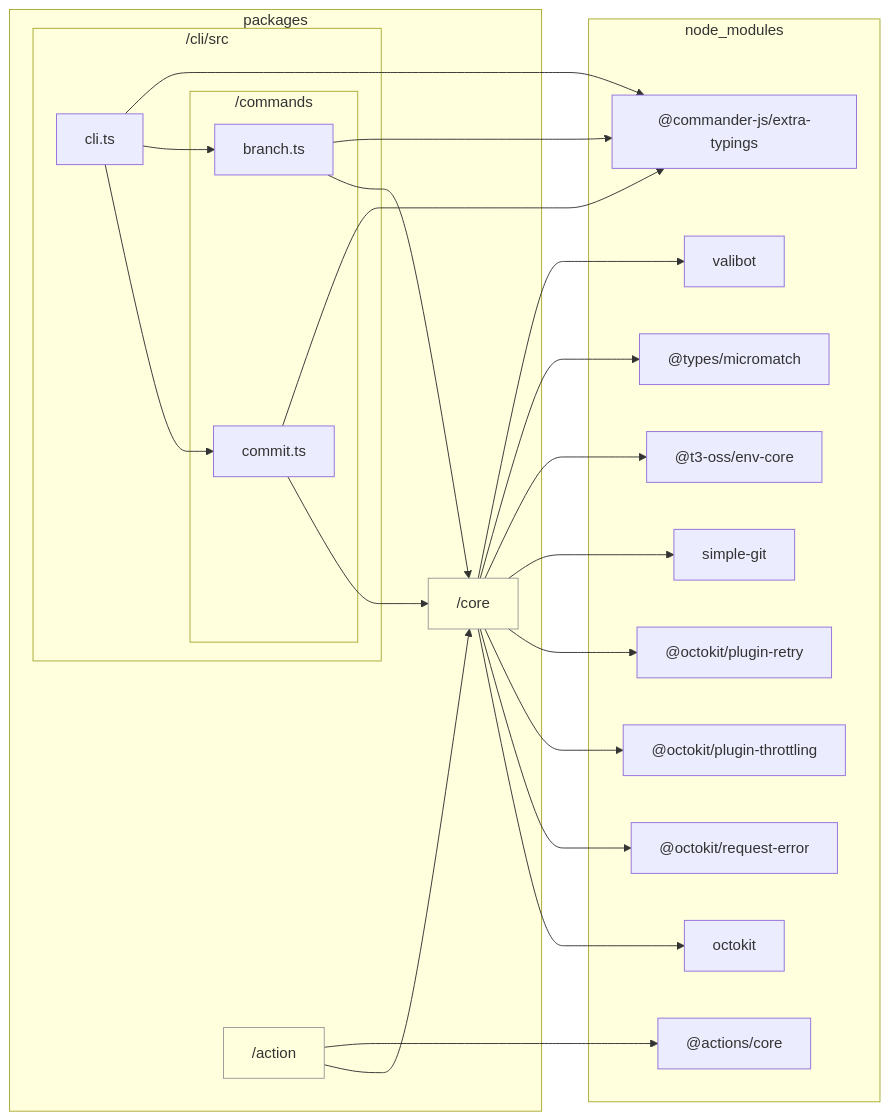
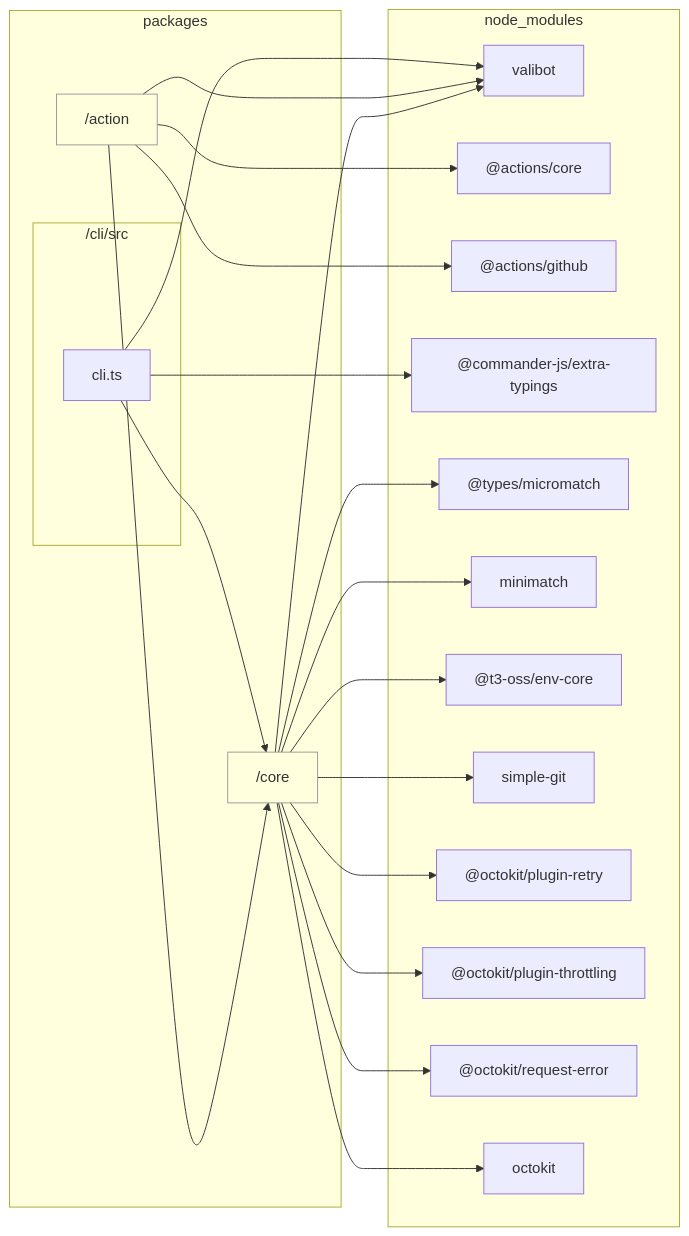
Before and after one commit to sugurutakahashi-1234/issue-linker: the diagram in docs/reports/dependencies/cli.md, drawn with Mermaid. The commit also changed 59 other files, not shown here.

````diff
--- a/docs/reports/dependencies/cli.md
+++ b/docs/reports/dependencies/cli.md
@@ -7,44 +7,41 @@
 ```mermaid
 flowchart LR
     classDef dir fill:#0000,stroke:#999
     subgraph packages["packages"]
         packages/core["/core"]:::dir
         packages/action["/action"]:::dir
         subgraph packages/cli/src["/cli/src"]
             packages/cli/src/cli.ts["cli.ts"]
-            subgraph packages/cli/src/commands["/commands"]
-                packages/cli/src/commands/branch.ts["branch.ts"]
-                packages/cli/src/commands/commit.ts["commit.ts"]
-            end
         end
     end
     subgraph node//modules["node_modules"]
+        node//modules/valibot/dist/index.d.cts["valibot"]
         node//modules///actions/core/lib/core.d.ts["@actions/core"]
+        node//modules///actions/github/lib/github.d.ts["@actions/github"]
         node//modules///commander//js/extra//typings/index.d.ts["@commander-js/extra-typings"]
-        node//modules/valibot/dist/index.d.cts["valibot"]
         node//modules///types/micromatch/index.d.ts["@types/micromatch"]
+        node//modules/minimatch/dist/commonjs/index.d.ts["minimatch"]
         node//modules///t3//oss/env//core/dist/index.d.ts["@t3-oss/env-core"]
         node//modules/simple//git/dist/typings/index.d.ts["simple-git"]
         node//modules///octokit/plugin//retry/dist//types/index.d.ts["@octokit/plugin-retry"]
         node//modules///octokit/plugin//throttling/dist//types/index.d.ts["@octokit/plugin-throttling"]
         node//modules///octokit/request//error/dist//types/index.d.ts["@octokit/request-error"]
         node//modules/octokit/dist//types/index.d.ts["octokit"]
     end
+    packages/core-->node//modules/valibot/dist/index.d.cts
     packages/action-->node//modules///actions/core/lib/core.d.ts
+    packages/action-->node//modules///actions/github/lib/github.d.ts
     packages/action-->packages/core
-    packages/cli/src/commands/branch.ts-->node//modules///commander//js/extra//typings/index.d.ts
-    packages/cli/src/commands/branch.ts-->packages/core
-    packages/cli/src/commands/commit.ts-->node//modules///commander//js/extra//typings/index.d.ts
-    packages/cli/src/commands/commit.ts-->packages/core
+    packages/action-->node//modules/valibot/dist/index.d.cts
     packages/cli/src/cli.ts-->node//modules///commander//js/extra//typings/index.d.ts
-    packages/cli/src/cli.ts-->packages/cli/src/commands/branch.ts
-    packages/cli/src/cli.ts-->packages/cli/src/commands/commit.ts
-    packages/core-->node//modules/valibot/dist/index.d.cts
+    packages/cli/src/cli.ts-->packages/core
+    packages/cli/src/cli.ts-->node//modules/valibot/dist/index.d.cts
     packages/core-->node//modules///types/micromatch/index.d.ts
+    packages/core-->node//modules/minimatch/dist/commonjs/index.d.ts
     packages/core-->node//modules///t3//oss/env//core/dist/index.d.ts
     packages/core-->node//modules/simple//git/dist/typings/index.d.ts
     packages/core-->node//modules///octokit/plugin//retry/dist//types/index.d.ts
     packages/core-->node//modules///octokit/plugin//throttling/dist//types/index.d.ts
     packages/core-->node//modules///octokit/request//error/dist//types/index.d.ts
     packages/core-->node//modules/octokit/dist//types/index.d.ts
 ```
````
